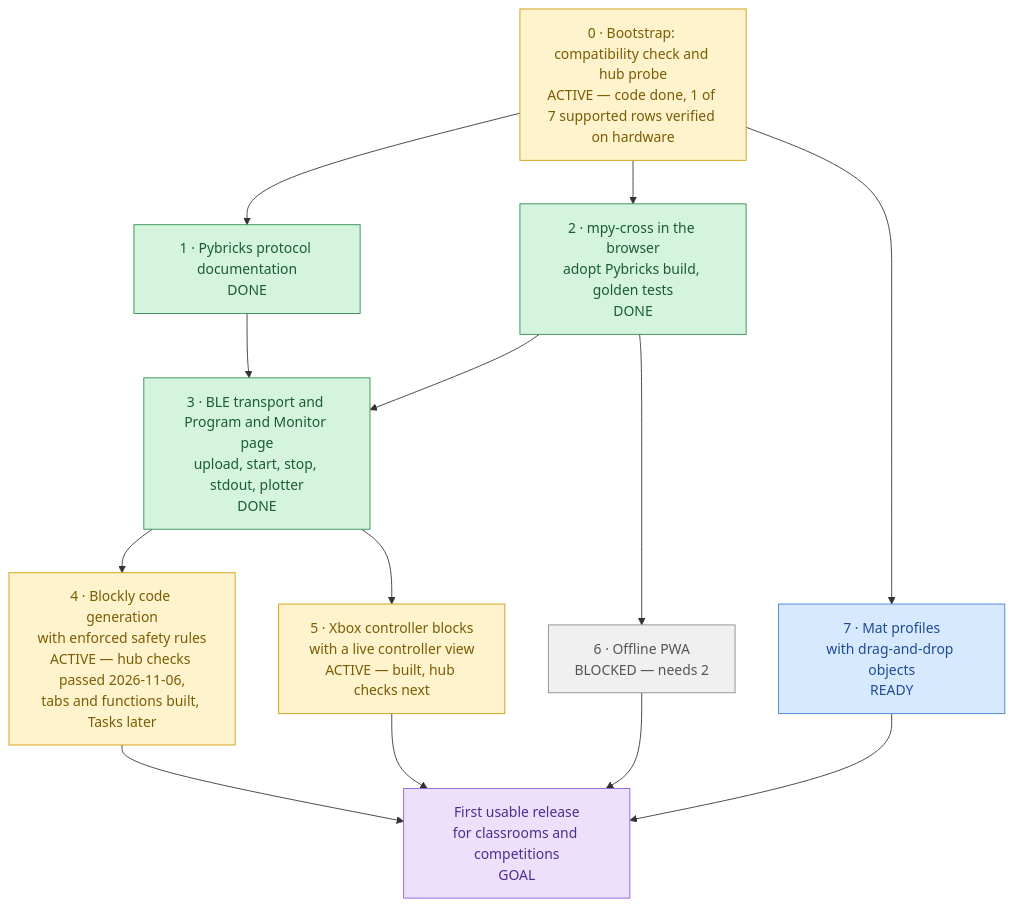
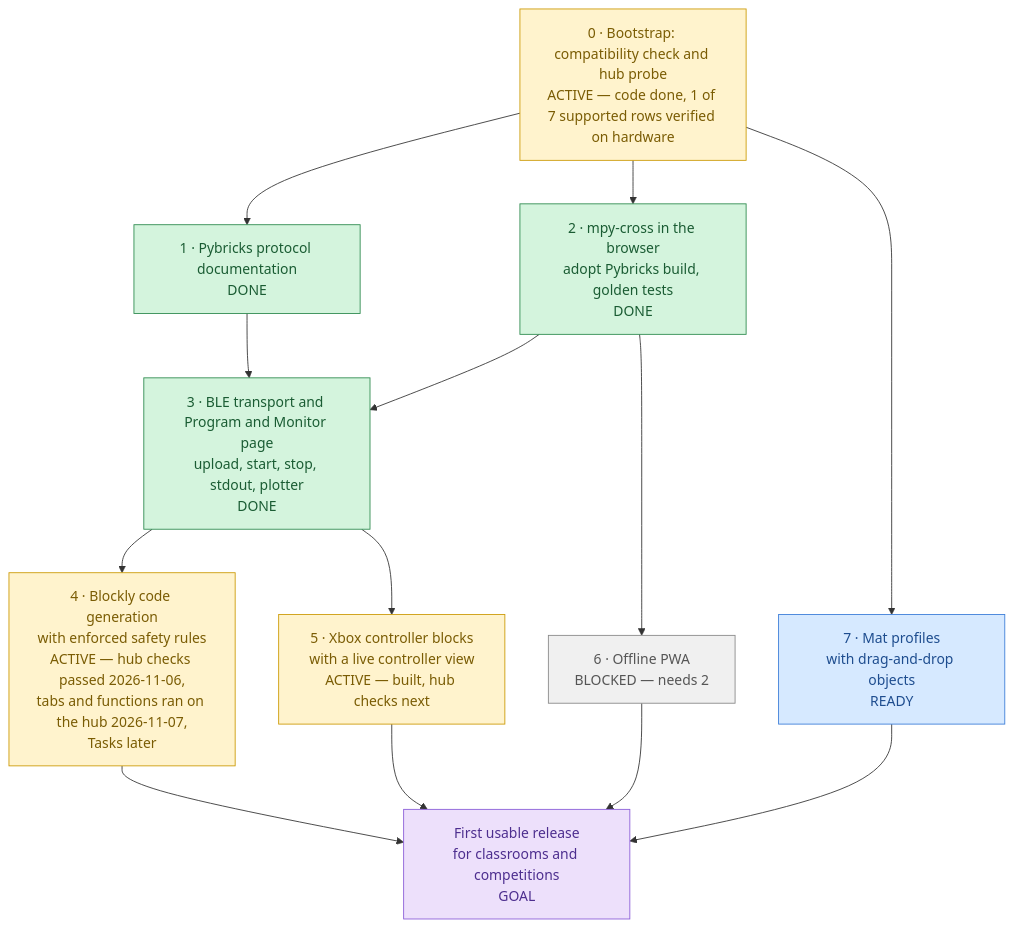
The diagram in docs/roadmap.md (lumduan/matpilot), drawn with Mermaid before and after one commit. The commit also changed other lines of this file and 2 other files, not shown here.

First line of the commit message:
docs: record the first program of several files on a hub (tabs checks 6, 7, 14, 15)

````diff
--- a/docs/roadmap.md
+++ b/docs/roadmap.md
@@ -10,37 +10,37 @@
 ```mermaid
 flowchart TD
     M0["0 · Bootstrap: compatibility check and hub probe<br/>ACTIVE — code done, 1 of 7 supported rows verified on hardware"]
     M1["1 · Pybricks protocol documentation<br/>DONE"]
     M2["2 · mpy-cross in the browser<br/>adopt Pybricks build, golden tests<br/>DONE"]
     M3["3 · BLE transport and Program and Monitor page<br/>upload, start, stop, stdout, plotter<br/>DONE"]
-    M4["4 · Blockly code generation<br/>with enforced safety rules<br/>ACTIVE — hub checks passed 2026-11-06,<br/>tabs and functions built, Tasks later"]
+    M4["4 · Blockly code generation<br/>with enforced safety rules<br/>ACTIVE — hub checks passed 2026-11-06,<br/>tabs and functions ran on the hub 2026-11-07,<br/>Tasks later"]
     M5["5 · Xbox controller blocks<br/>with a live controller view<br/>ACTIVE — built, hub checks next"]
     M6["6 · Offline PWA<br/>BLOCKED — needs 2"]
     M7["7 · Mat profiles<br/>with drag-and-drop objects<br/>READY"]
     GOAL["First usable release<br/>for classrooms and competitions<br/>GOAL"]
 
     M0 --> M1
     M0 --> M2
     M0 --> M7
     M1 --> M3
     M2 --> M3
     M3 --> M4
     M3 --> M5
     M2 --> M6
     M4 --> GOAL
     M5 --> GOAL
     M6 --> GOAL
     M7 --> GOAL
 
     classDef done     fill:#d4f4dd,stroke:#2d8a4e,color:#1a5c33
     classDef active   fill:#fff3cd,stroke:#cc9a06,color:#7a5c04
     classDef ready    fill:#d6e9ff,stroke:#3b7dd8,color:#1e4d8f
     classDef blocked  fill:#f0f0f0,stroke:#888,color:#555
     classDef goal     fill:#ede0fb,stroke:#8a5cd8,color:#4d2e8f
 
     class M0,M4,M5 active
     class M1,M2,M3 done
     class M7 ready
     class M6 blocked
     class GOAL goal
 ```
````
